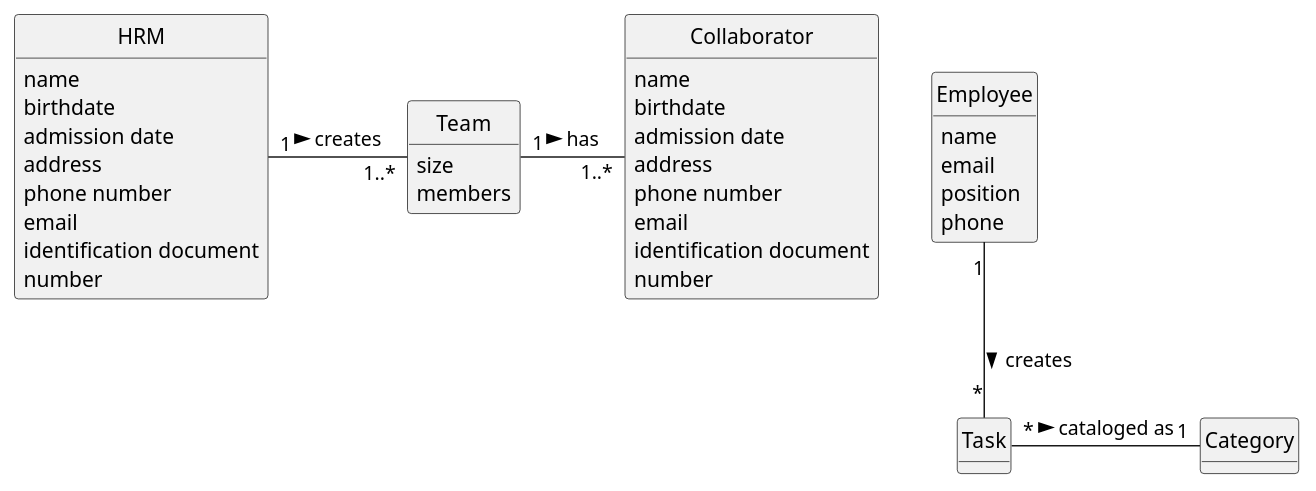
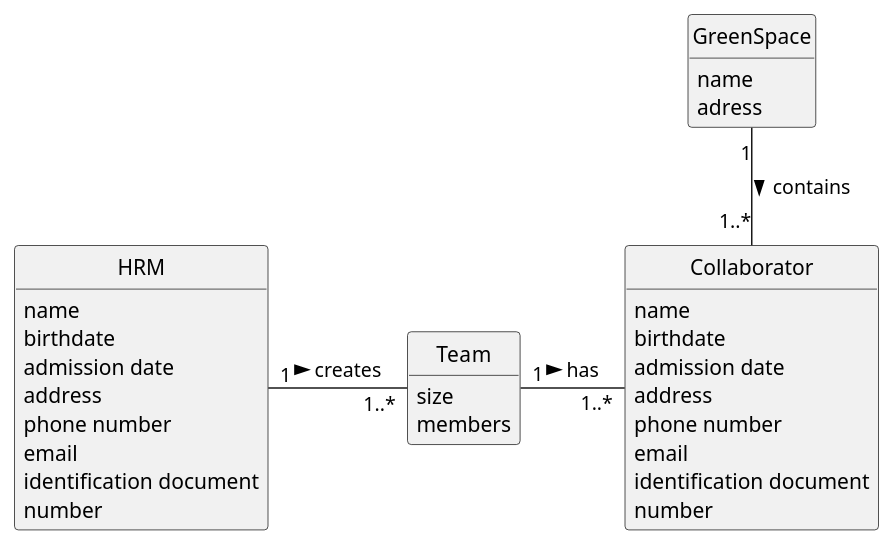
The diagram in docs/sprintA/us005/02.analysis/puml/us005-domain-model.puml (diogoveirospro/lei-24-s2-1dg-g072), drawn with PlantUML before and after one commit. The commit also changed 3 other files, not shown here.

```diff
--- a/docs/sprintA/us005/02.analysis/puml/us005-domain-model.puml
+++ b/docs/sprintA/us005/02.analysis/puml/us005-domain-model.puml
@@ -1,61 +1,56 @@
 @startuml
 skinparam monochrome true
 skinparam packageStyle rectangle
 skinparam shadowing false
 
 'left to right direction
 
 skinparam classAttributeIconSize 0
 
 hide circle
 hide methods
 
 'title Domain Model
 
 'class Platform {
 '  -description
 '}
 
 class HRM {
      name
      birthdate
      admission date
      address
      phone number
      email
      identification document
      number
  }
 
 class Team {
     size
     members
 
 }
 
 class Collaborator {
     name
     birthdate
     admission date
     address
     phone number
     email
     identification document
     number
 }
 
-class Employee {
+class GreenSpace {
     name
-    email
-    position
-    phone
+    adress
 }
 
 
 HRM "1" - "1..*" Team : creates >
 Team "1" - "1..*" Collaborator: has >
-'Task "*" -- "1" Employee: created by >
-Employee "1" -- "*" Task : creates >
-'Employee "0..1" -- "1" User: acts as >
-Task "*" - "1" Category: cataloged as >
+GreenSpace "1" -- "1..*" Collaborator: contains >
 @enduml
```
